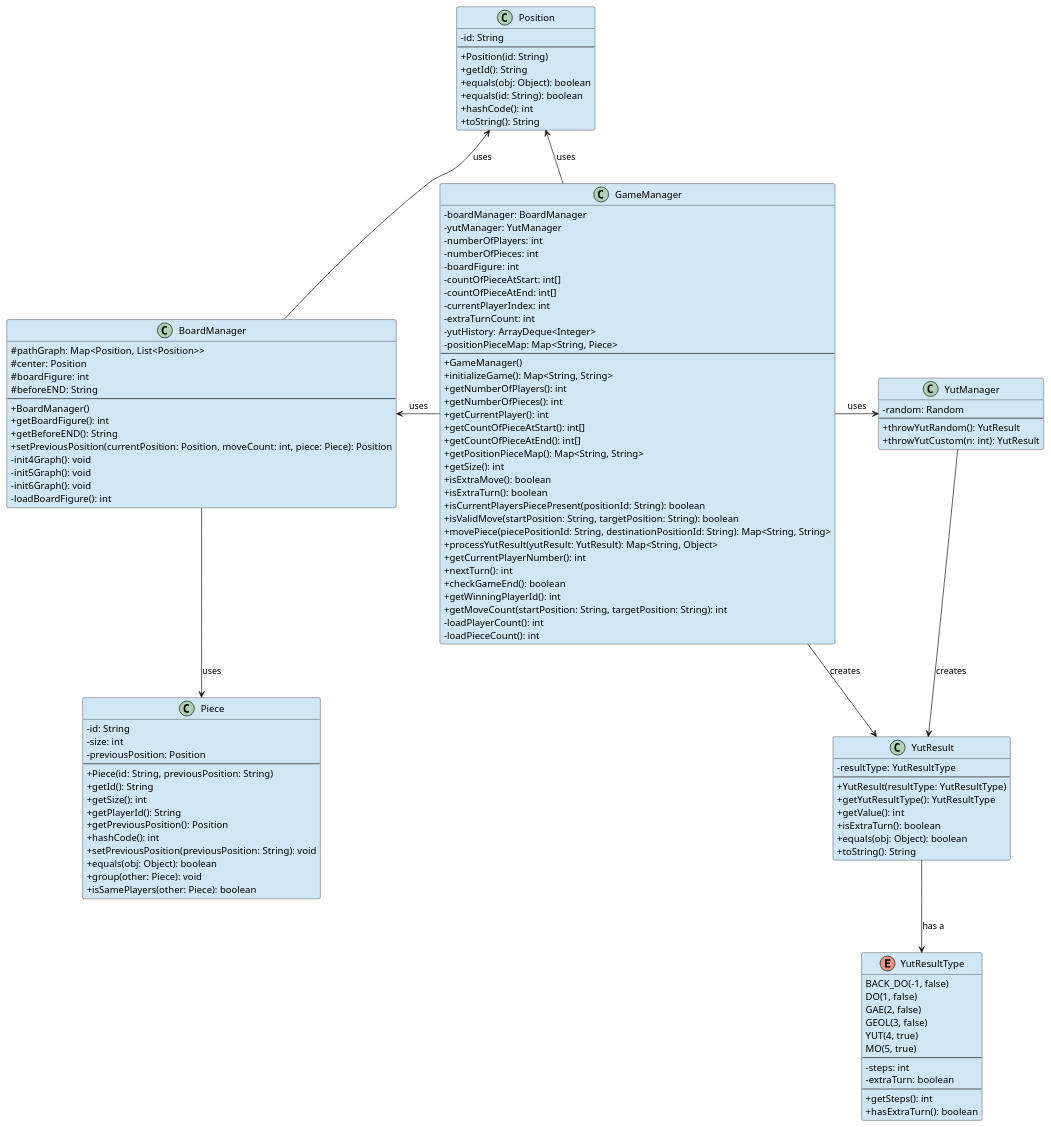
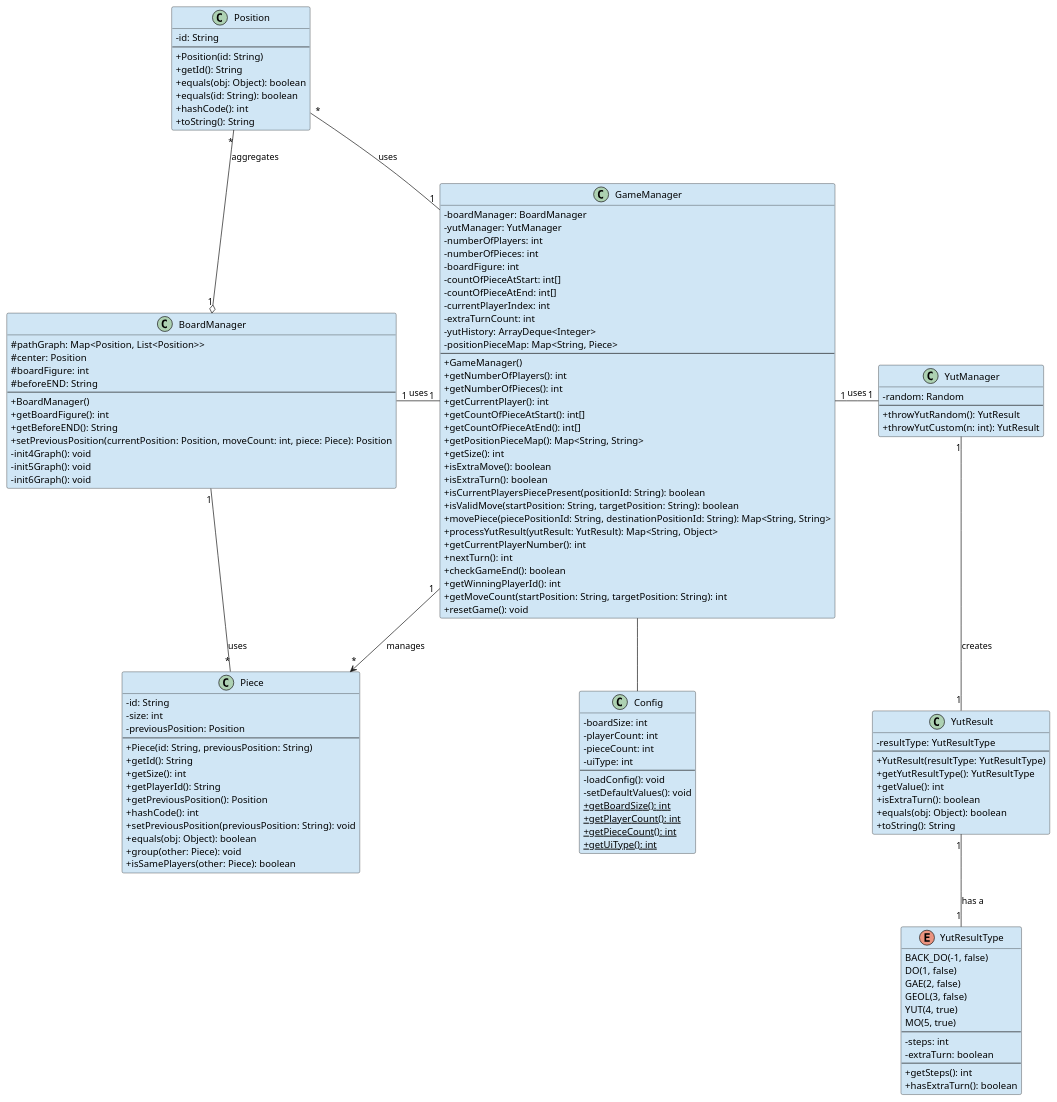
Before and after one commit to IISweetHeartII/CAU_Software_Engineering02_11: the diagram in diagrams/model-class-diagram.puml, drawn with PlantUML. The commit also changed 4 other files, not shown here.

Commit message:
fix: 다이어그램 추가

```diff
--- a/diagrams/model-class-diagram.puml
+++ b/diagrams/model-class-diagram.puml
@@ -1,153 +1,164 @@
 @startuml model-class-diagram.puml
 
 skinparam classAttributeIconSize 0
 skinparam classBackgroundColor #D0E6F5
 
 ' 1열
 class Position
 class BoardManager
 class Piece
 
 ' 2열
 class GameManager
+class Config
 
 ' 3열
 class YutManager
 class YutResult
 enum YutResultType
 
 ' --- 숨겨진 정렬 고정 ---
-Position -[hidden]-> BoardManager
-BoardManager -up-> Position : uses
-BoardManager -[hidden]-> GameManager
-
-Position -[hidden]-> YutManager
-YutManager -[hidden]-> YutResult
-YutResult -[hidden]-> YutResultType
+Position -[hidden]- BoardManager
+BoardManager -[hidden]- Piece
 
 ' --- 관계선 ---
-GameManager -left-> BoardManager : uses
-GameManager -left-> Position : uses
-GameManager -right-> YutManager : uses
-GameManager -right-> YutResult : creates
+GameManager "1" -left- "1" BoardManager : uses
+GameManager "1" -left- "*" Position : uses
+GameManager "1" -right- "1" YutManager : uses
 
+GameManager "1" --> "*" Piece : manages
 
-BoardManager -down-> Piece : uses
-YutManager -down-> YutResult : creates
-YutResult -down-> YutResultType : has a
+BoardManager "1" o-- "*" Position : aggregates
+
+BoardManager "1" -down- "*" Piece : uses
+YutManager "1" -down- "1" YutResult : creates
+YutResult "1" -down- "1" YutResultType : has a
+
+GameManager -down- Config
 
 class GameManager {
   - boardManager: BoardManager
   - yutManager: YutManager
   - numberOfPlayers: int
   - numberOfPieces: int
   - boardFigure: int
   - countOfPieceAtStart: int[]
   - countOfPieceAtEnd: int[]
   - currentPlayerIndex: int
   - extraTurnCount: int
   - yutHistory: ArrayDeque<Integer>
   - positionPieceMap: Map<String, Piece>
   --
   + GameManager()
-  + initializeGame(): Map<String, String>
   + getNumberOfPlayers(): int
   + getNumberOfPieces(): int
   + getCurrentPlayer(): int
   + getCountOfPieceAtStart(): int[]
   + getCountOfPieceAtEnd(): int[]
   + getPositionPieceMap(): Map<String, String>
   + getSize(): int
   + isExtraMove(): boolean
   + isExtraTurn(): boolean
   + isCurrentPlayersPiecePresent(positionId: String): boolean
   + isValidMove(startPosition: String, targetPosition: String): boolean
   + movePiece(piecePositionId: String, destinationPositionId: String): Map<String, String>
   + processYutResult(yutResult: YutResult): Map<String, Object>
   + getCurrentPlayerNumber(): int
   + nextTurn(): int
   + checkGameEnd(): boolean
   + getWinningPlayerId(): int
   + getMoveCount(startPosition: String, targetPosition: String): int
-  - loadPlayerCount(): int
-  - loadPieceCount(): int
+  + resetGame(): void
 }
 
 class BoardManager {
   # pathGraph: Map<Position, List<Position>>
   # center: Position
   # boardFigure: int
   # beforeEND: String
   --
   + BoardManager()
   + getBoardFigure(): int
   + getBeforeEND(): String
   + setPreviousPosition(currentPosition: Position, moveCount: int, piece: Piece): Position
   - init4Graph(): void
   - init5Graph(): void
   - init6Graph(): void
-  - loadBoardFigure(): int
 }
 
 class Piece {
   - id: String
   - size: int
   - previousPosition: Position
   --
   + Piece(id: String, previousPosition: String)
   + getId(): String
   + getSize(): int
   + getPlayerId(): String
   + getPreviousPosition(): Position
   + hashCode(): int
   + setPreviousPosition(previousPosition: String): void
   + equals(obj: Object): boolean
   + group(other: Piece): void
   + isSamePlayers(other: Piece): boolean
 }
 
 class Position {
   - id: String
   --
   + Position(id: String)
   + getId(): String
   + equals(obj: Object): boolean
   + equals(id: String): boolean
   + hashCode(): int
   + toString(): String
 }
 
 class YutManager {
   - random: Random
   --
   + throwYutRandom(): YutResult
   + throwYutCustom(n: int): YutResult
 }
 
 class YutResult {
   - resultType: YutResultType
   --
   + YutResult(resultType: YutResultType)
   + getYutResultType(): YutResultType
   + getValue(): int
   + isExtraTurn(): boolean
   + equals(obj: Object): boolean
   + toString(): String
 }
 
 enum YutResultType {
   BACK_DO(-1, false)
   DO(1, false)
   GAE(2, false)
   GEOL(3, false)
   YUT(4, true)
   MO(5, true)
   --
   - steps: int
   - extraTurn: boolean
   --
   + getSteps(): int
   + hasExtraTurn(): boolean
 }
 
+class Config {
+  - boardSize: int
+  - playerCount: int
+  - pieceCount: int
+  - uiType: int
+  --
+  - loadConfig(): void
+  - setDefaultValues(): void
+  + {static} getBoardSize(): int
+  + {static} getPlayerCount(): int
+  + {static} getPieceCount(): int
+  + {static} getUiType(): int
+}
+
 @enduml 
```
